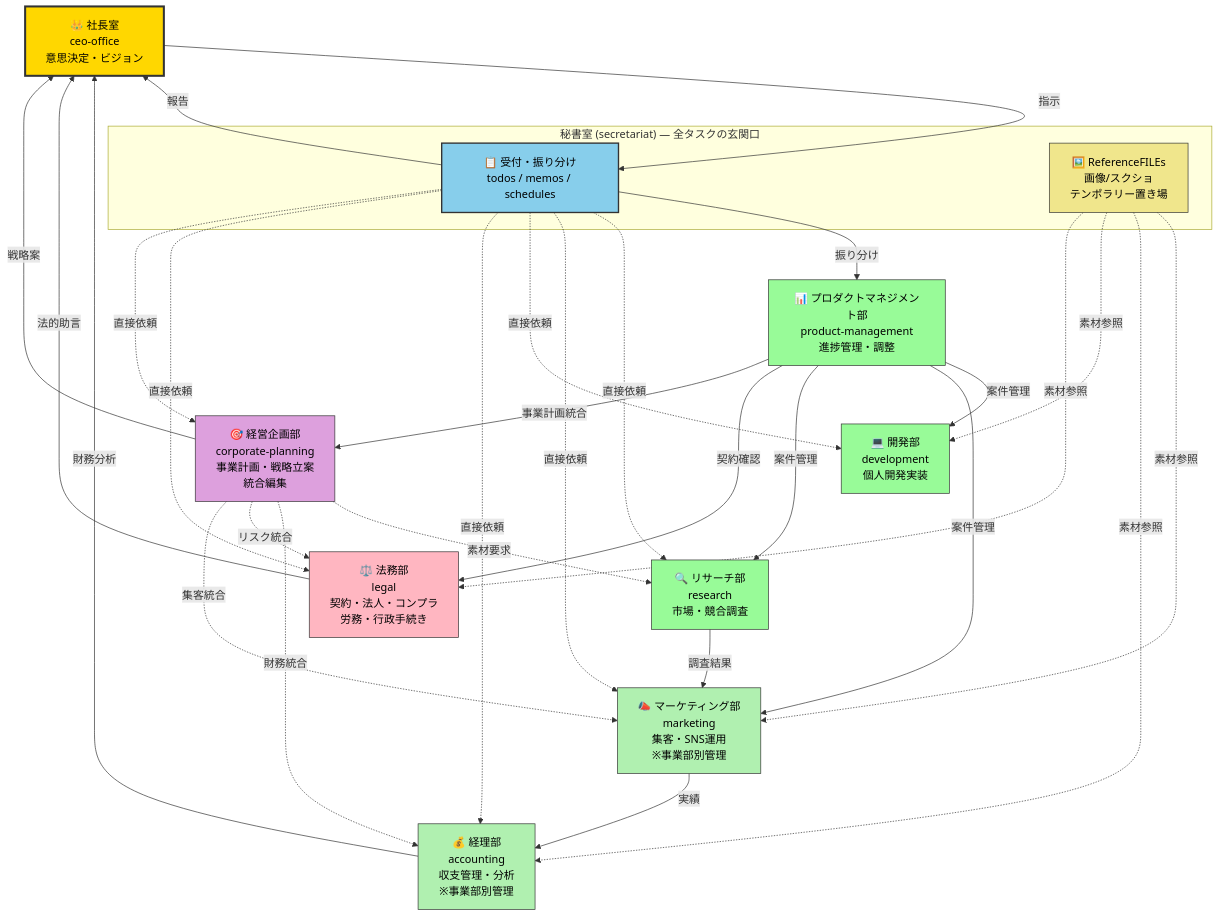
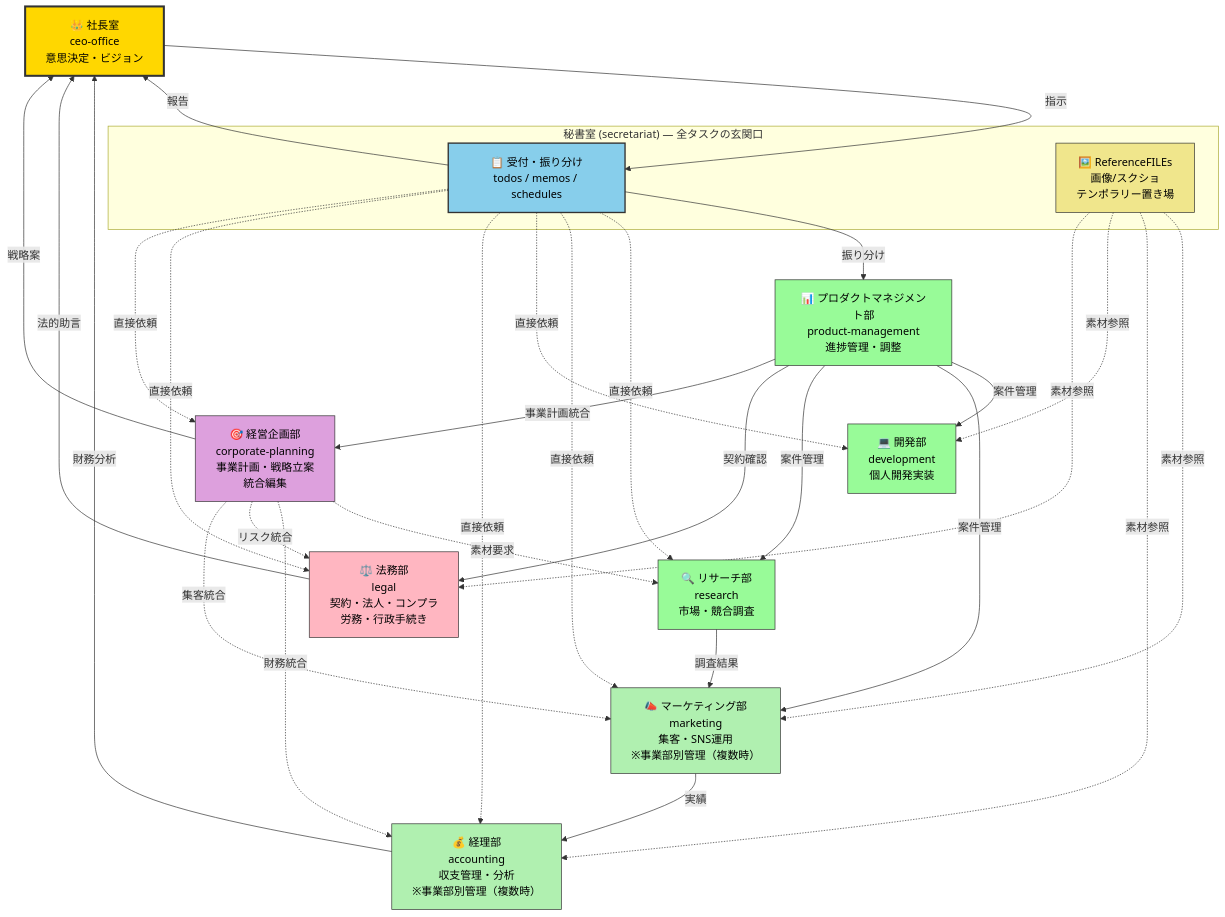
Before and after one commit to inoutvillage/brain-company: the first of 3 diagrams in org-chart.md, drawn with Mermaid. The commit also changed other lines of this file and 8 other files, not shown here.

````diff
--- a/org-chart.md
+++ b/org-chart.md
@@ -5,58 +5,58 @@
 ```mermaid
 graph TD
     CEO["👑 社長室<br/>ceo-office<br/>意思決定・ビジョン"]
     subgraph SECHUB["秘書室 (secretariat) — 全タスクの玄関口"]
         SEC["📋 受付・振り分け<br/>todos / memos / schedules"]
         REF["🖼️ ReferenceFILEs<br/>画像/スクショ<br/>テンポラリー置き場"]
     end
     PM["📊 プロダクトマネジメント部<br/>product-management<br/>進捗管理・調整"]
     RES["🔍 リサーチ部<br/>research<br/>市場・競合調査"]
-    MKT["📣 マーケティング部<br/>marketing<br/>集客・SNS運用<br/>※事業部別管理"]
+    MKT["📣 マーケティング部<br/>marketing<br/>集客・SNS運用<br/>※事業部別管理（複数時）"]
     DEV["💻 開発部<br/>development<br/>個人開発実装"]
-    ACC["💰 経理部<br/>accounting<br/>収支管理・分析<br/>※事業部別管理"]
+    ACC["💰 経理部<br/>accounting<br/>収支管理・分析<br/>※事業部別管理（複数時）"]
     LEG["⚖️ 法務部<br/>legal<br/>契約・法人・コンプラ<br/>労務・行政手続き"]
     CP["🎯 経営企画部<br/>corporate-planning<br/>事業計画・戦略立案<br/>統合編集"]
 
     CEO -->|指示| SEC
     SEC -->|報告| CEO
     SEC -->|振り分け| PM
     SEC -.->|直接依頼| RES
     SEC -.->|直接依頼| MKT
     SEC -.->|直接依頼| DEV
     SEC -.->|直接依頼| ACC
     SEC -.->|直接依頼| LEG
     SEC -.->|直接依頼| CP
     PM -->|案件管理| DEV
     PM -->|案件管理| MKT
     PM -->|案件管理| RES
     PM -->|契約確認| LEG
     PM -->|事業計画統合| CP
     CP -.->|素材要求| RES
     CP -.->|財務統合| ACC
     CP -.->|リスク統合| LEG
     CP -.->|集客統合| MKT
     RES -->|調査結果| MKT
     MKT -->|実績| ACC
     ACC -->|財務分析| CEO
     LEG -->|法的助言| CEO
     CP -->|戦略案| CEO
     REF -.->|素材参照| MKT
     REF -.->|素材参照| ACC
     REF -.->|素材参照| DEV
     REF -.->|素材参照| LEG
 
     classDef ceo fill:#ffd700,stroke:#333,stroke-width:3px,color:#000
     classDef core fill:#87ceeb,stroke:#333,stroke-width:2px,color:#000
     classDef dept fill:#98fb98,stroke:#333,stroke-width:1px,color:#000
     classDef deptBU fill:#b0f0b0,stroke:#333,stroke-width:1px,color:#000
     classDef legal fill:#ffb6c1,stroke:#333,stroke-width:1px,color:#000
     classDef planning fill:#dda0dd,stroke:#333,stroke-width:1px,color:#000
     classDef util fill:#f0e68c,stroke:#333,stroke-width:1px,color:#000
     class CEO ceo
     class SEC core
     class PM,RES,DEV dept
     class MKT,ACC deptBU
     class LEG legal
     class CP planning
     class REF util
 ```
````
